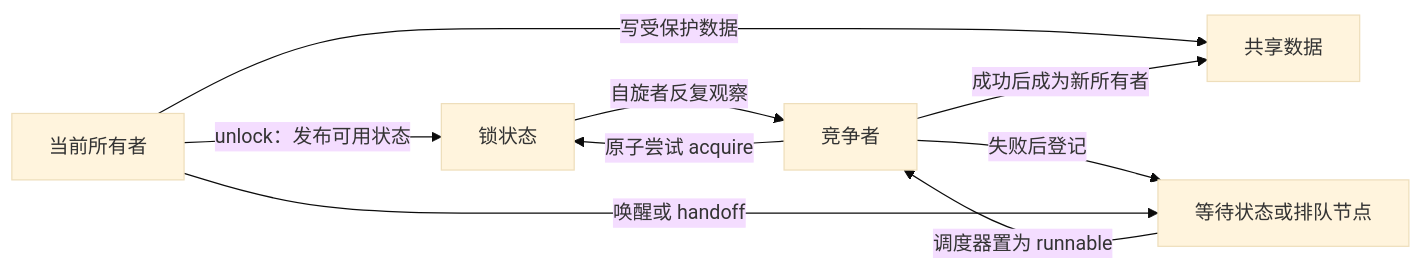
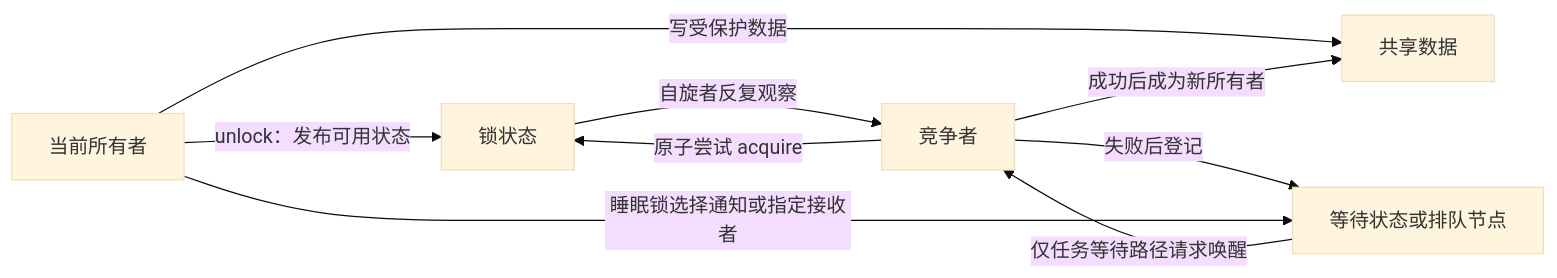
Before and after one commit to FormingSystem/linux_note: the first of 2 diagrams in knowledge/linux/synchronization_and_asynchrony/synchronization/locks/P03_锁的统一状态与通信周期.md, drawn with Mermaid (base theme). The commit also changed other lines of this file and 5 other files, not shown here.

````diff
--- a/knowledge/linux/synchronization_and_asynchrony/synchronization/locks/P03_锁的统一状态与通信周期.md
+++ b/knowledge/linux/synchronization_and_asynchrony/synchronization/locks/P03_锁的统一状态与通信周期.md
@@ -36,11 +38,11 @@
 ```mermaid
 flowchart LR
     O["当前所有者"] -->|"写受保护数据"| D["共享数据"]
     O -->|"unlock：发布可用状态"| L["锁状态"]
     C["竞争者"] -->|"原子尝试 acquire"| L
     C -->|"失败后登记"| Q["等待状态或排队节点"]
     L -->|"自旋者反复观察"| C
-    O -->|"唤醒或 handoff"| Q
-    Q -->|"调度器置为 runnable"| C
+    O -->|"睡眠锁选择通知或指定接收者"| Q
+    Q -->|"仅任务等待路径请求唤醒"| C
     C -->|"成功后成为新所有者"| D
 ```
````
